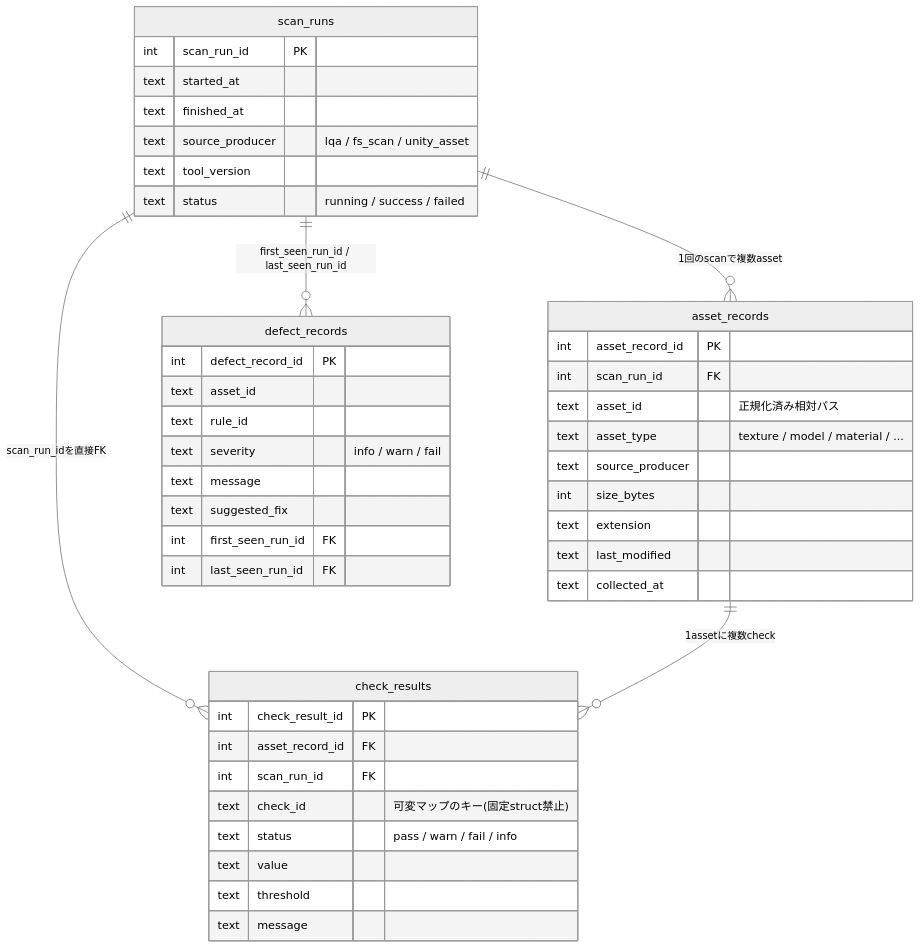
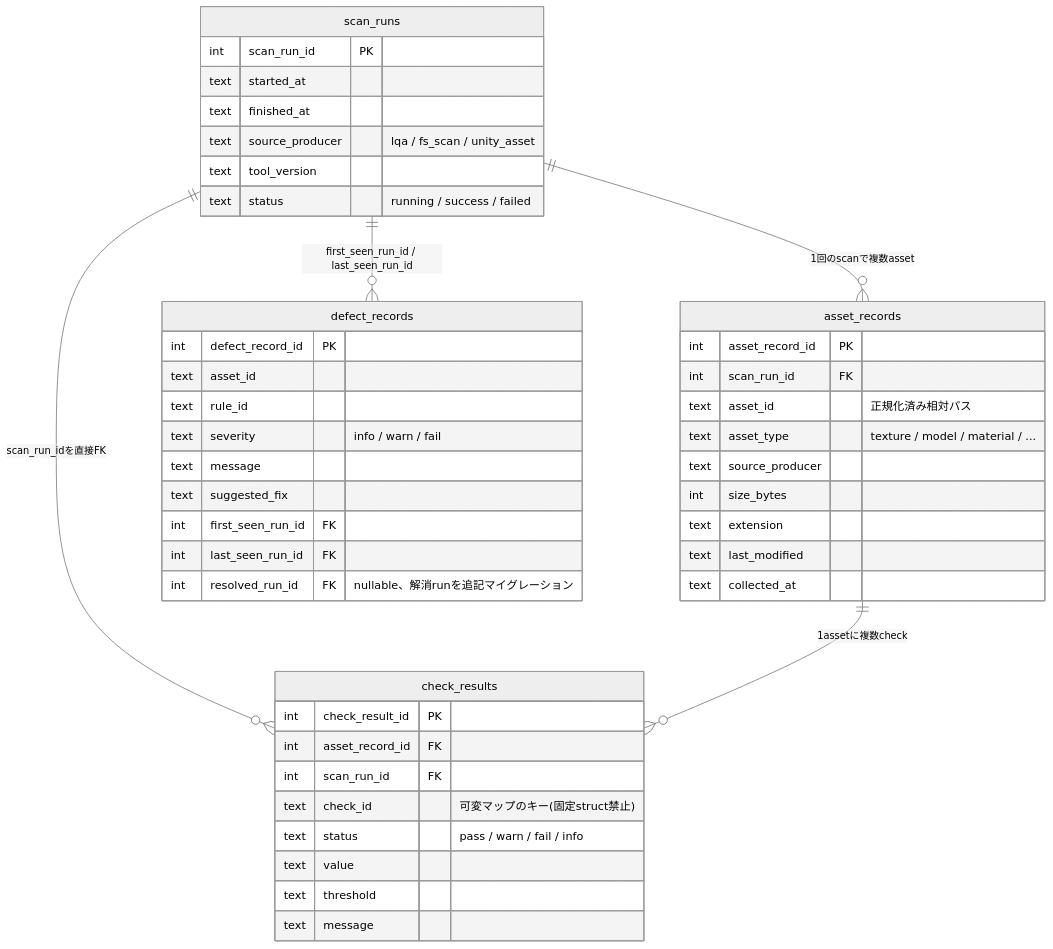
The second of 4 diagrams in docs/TECHNICAL_GUIDE.md (manato1201/AssetDataInsightSuite), drawn with Mermaid (neutral theme) before and after one commit. The commit also changed other lines of this file and 2 other files, not shown here.

````diff
--- a/docs/TECHNICAL_GUIDE.md
+++ b/docs/TECHNICAL_GUIDE.md
@@ -63,47 +65,48 @@
 ```mermaid
 erDiagram
     scan_runs ||--o{ asset_records : "1回のscanで複数asset"
     scan_runs ||--o{ check_results : "scan_run_idを直接FK"
     asset_records ||--o{ check_results : "1assetに複数check"
     scan_runs ||--o{ defect_records : "first_seen_run_id / last_seen_run_id"
 
     scan_runs {
         int scan_run_id PK
         text started_at
         text finished_at
         text source_producer "lqa / fs_scan / unity_asset"
         text tool_version
         text status "running / success / failed"
     }
     asset_records {
         int asset_record_id PK
         int scan_run_id FK
         text asset_id "正規化済み相対パス"
         text asset_type "texture / model / material / ..."
         text source_producer
         int size_bytes
         text extension
         text last_modified
         text collected_at
     }
     check_results {
         int check_result_id PK
         int asset_record_id FK
         int scan_run_id FK
         text check_id "可変マップのキー(固定struct禁止)"
         text status "pass / warn / fail / info"
         text value
         text threshold
         text message
     }
     defect_records {
         int defect_record_id PK
         text asset_id
         text rule_id
         text severity "info / warn / fail"
         text message
         text suggested_fix
         int first_seen_run_id FK
         int last_seen_run_id FK
+        int resolved_run_id FK "nullable、解消runを追記マイグレーション"
     }
 ```
````
